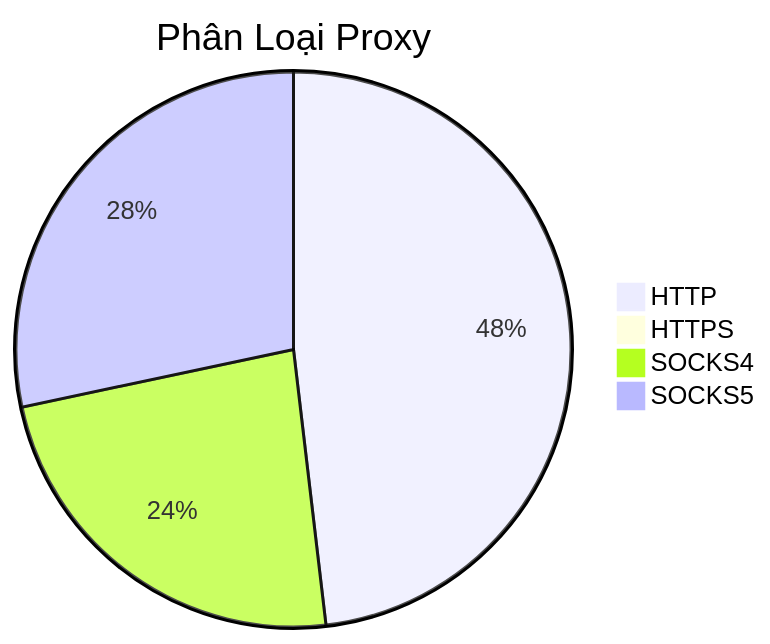
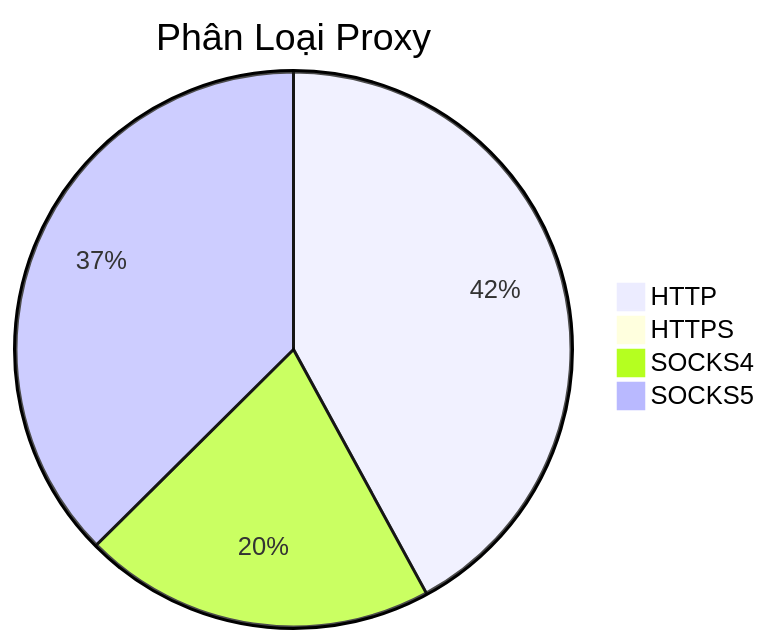
Before and after one commit to Ciara-12/PROXY-free: the diagram in README.md, drawn with Mermaid. The commit also changed other lines of this file and 4 other files, not shown here.

````diff
--- a/README.md
+++ b/README.md
@@ -26,7 +26,7 @@
 ```mermaid
 pie title Phân Loại Proxy
-    "HTTP" : 824
+    "HTTP" : 646
     "HTTPS" : 1
-    "SOCKS4" : 403
-    "SOCKS5" : 485
+    "SOCKS4" : 315
+    "SOCKS5" : 575
 ```
````
